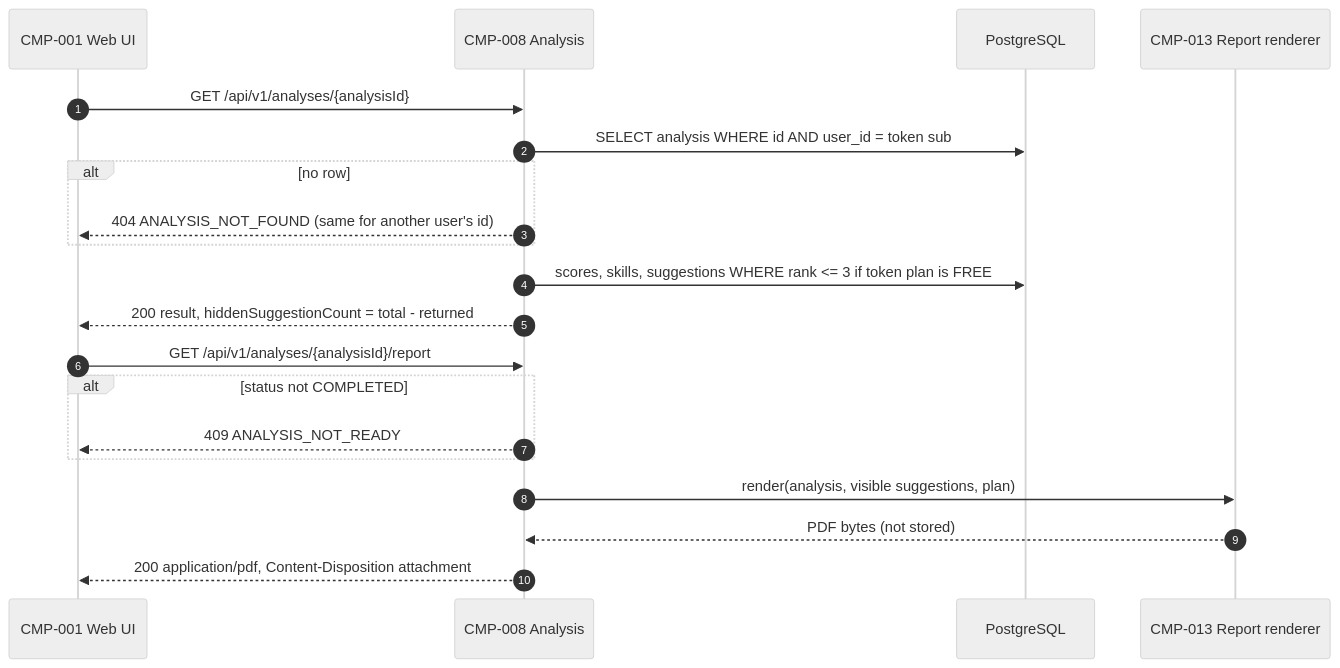
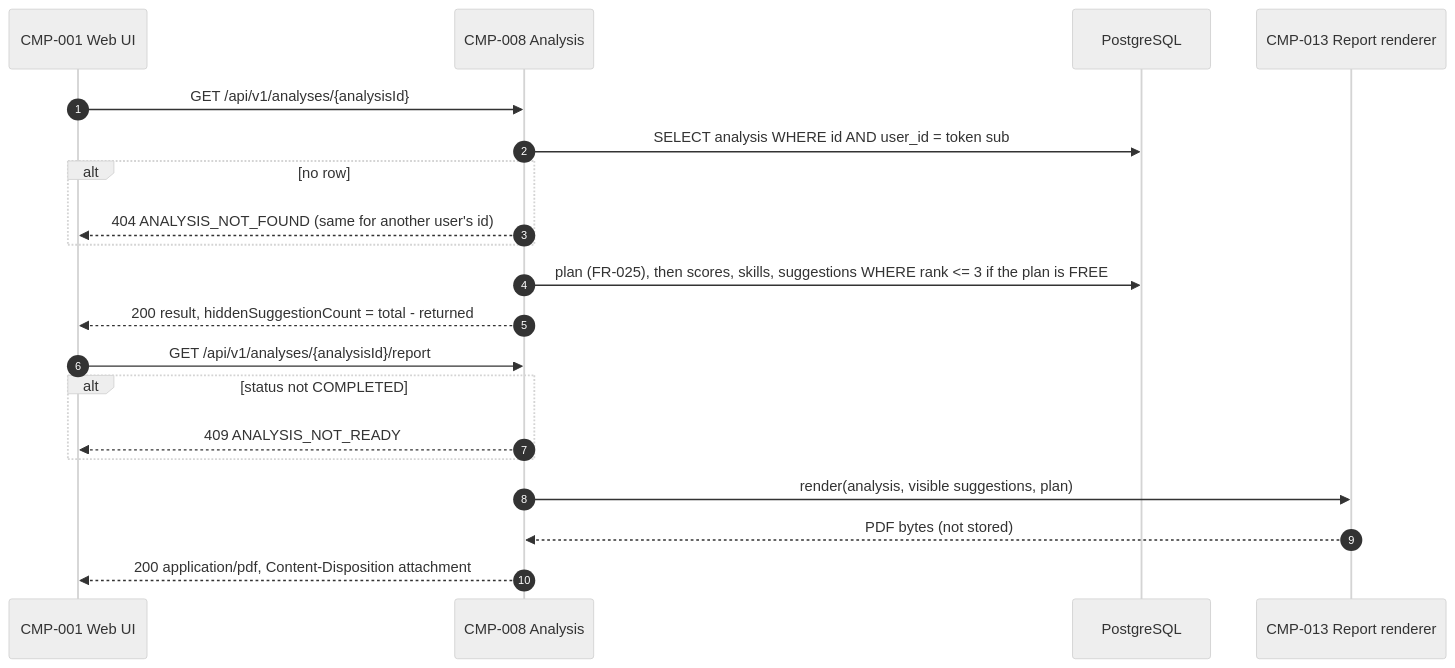
Before and after one commit to divii-school/spec-homework: the sixth of 12 diagrams in sachin/spec.md, drawn with Mermaid (neutral theme). The commit also changed other lines of this file and 1 other file, not shown here.

````diff
--- a/sachin/spec.md
+++ b/sachin/spec.md
@@ -637,22 +701,22 @@
 ```mermaid
 sequenceDiagram
   autonumber
   participant UI as CMP-001 Web UI
   participant A as CMP-008 Analysis
   participant DB as PostgreSQL
   participant RP as CMP-013 Report renderer
   UI->>A: GET /api/v1/analyses/{analysisId}
   A->>DB: SELECT analysis WHERE id AND user_id = token sub
   alt no row
     A-->>UI: 404 ANALYSIS_NOT_FOUND (same for another user's id)
   end
-  A->>DB: scores, skills, suggestions WHERE rank <= 3 if token plan is FREE
+  A->>DB: plan (FR-025), then scores, skills, suggestions WHERE rank <= 3 if the plan is FREE
   A-->>UI: 200 result, hiddenSuggestionCount = total - returned
   UI->>A: GET /api/v1/analyses/{analysisId}/report
   alt status not COMPLETED
     A-->>UI: 409 ANALYSIS_NOT_READY
   end
   A->>RP: render(analysis, visible suggestions, plan)
   RP-->>A: PDF bytes (not stored)
   A-->>UI: 200 application/pdf, Content-Disposition attachment
 ```
````
